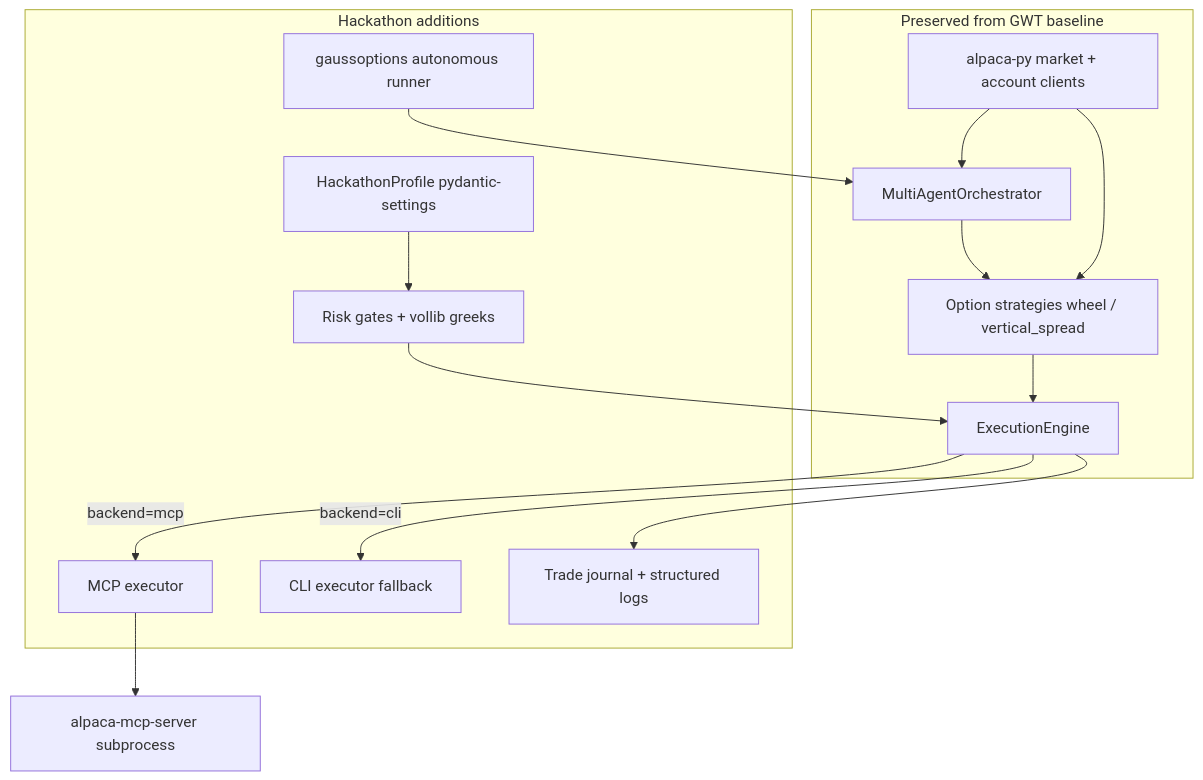
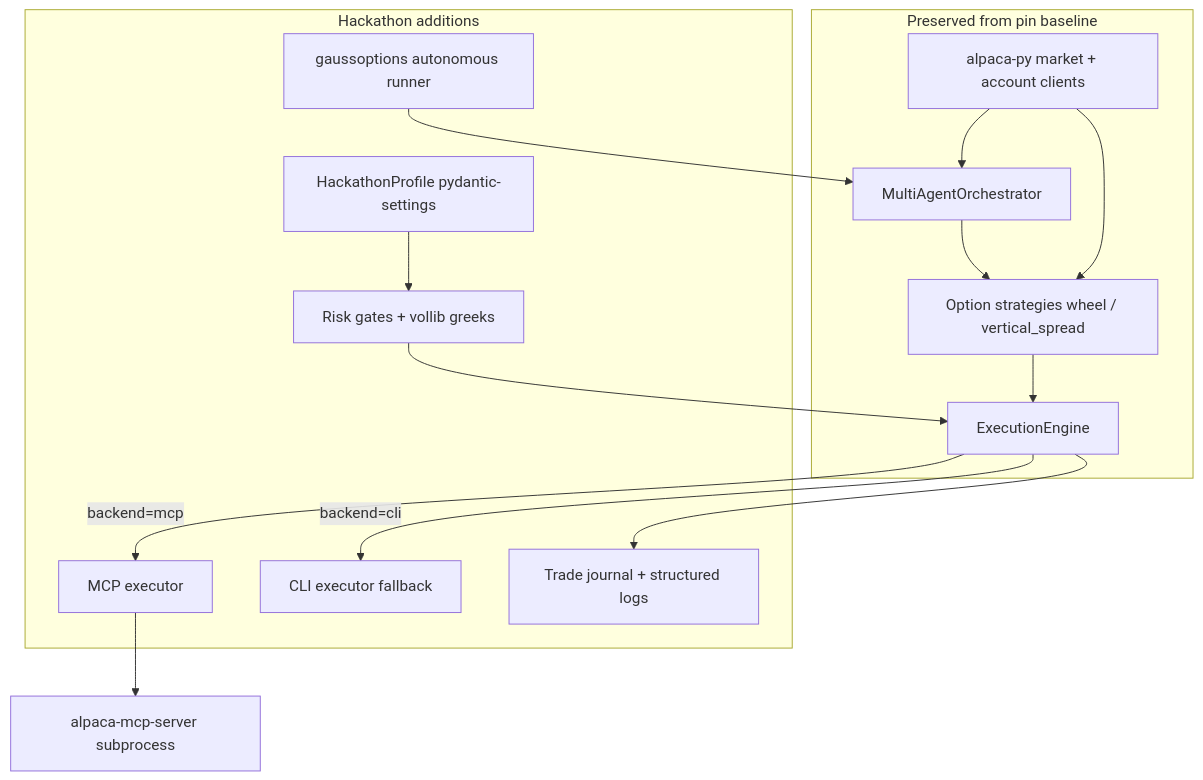
The diagram in PLAN.md (Yun-0000/opticycle), drawn with Mermaid before and after one commit. The commit also changed other lines of this file and 11 other files, not shown here.

````diff
--- a/PLAN.md
+++ b/PLAN.md
@@ -131,30 +131,30 @@
 ```mermaid
 flowchart TB
-  subgraph preserved [Preserved from GWT baseline]
+  subgraph preserved [Preserved from pin baseline]
     MA[MultiAgentOrchestrator]
     STRAT[Option strategies wheel / vertical_spread]
     EE[ExecutionEngine]
     APY[alpaca-py market + account clients]
   end
 
   subgraph new [Hackathon additions]
     PROF[HackathonProfile pydantic-settings]
     RG[Risk gates + vollib greeks]
     MCPX[MCP executor]
     CLIX[CLI executor fallback]
     RUN[gaussoptions autonomous runner]
     LOG[Trade journal + structured logs]
   end
 
   RUN --> MA
   MA --> STRAT
   STRAT --> EE
   PROF --> RG
   RG --> EE
   EE -->|backend=mcp| MCPX
   EE -->|backend=cli| CLIX
   APY --> MA
   APY --> STRAT
   EE --> LOG
   MCPX --> AMS[alpaca-mcp-server subprocess]
 ```
````
